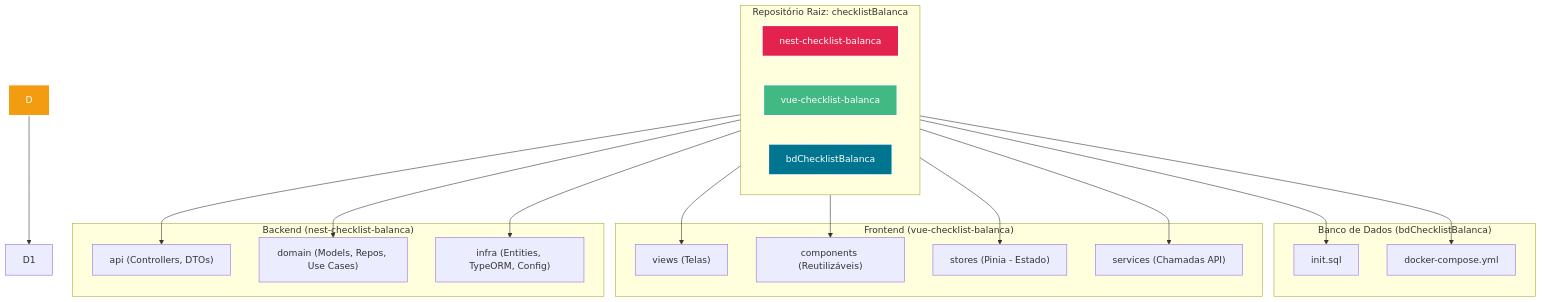
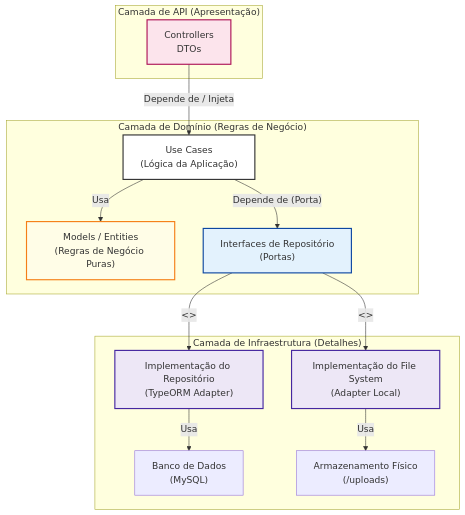
One commit to LeoAdlerr/checklistBalanca changed the diagram in checklist-8-18-back/README.md. Above: the diagram before and after it, drawn with Mermaid. The commit also changed other lines of this file and 12 other files, not shown here.

Commit message:
docs: documentação do bd pronta, doc do back falta os diagramas de classe

````diff
--- a/checklist-8-18-back/README.md
+++ b/checklist-8-18-back/README.md
@@ -336,35 +43,34 @@
-```mermaid
-flowchart TD
- subgraph subGraph0["Repositório Raiz: checklistBalanca"]
-    direction LR
-        A["nest-checklist-balanca"]
-        B["vue-checklist-balanca"]
-        C["bdChecklistBalanca"]
-  end
- subgraph subGraph1["Backend (nest-checklist-balanca)"]
-        A1["api (Controllers, DTOs)"]
-        A2["domain (Models, Repos, Use Cases)"]
-        A3["infra (Entities, TypeORM, Config)"]
-  end
- subgraph subGraph2["Frontend (vue-checklist-balanca)"]
-        B1["views (Telas)"]
-        B2["components (Reutilizáveis)"]
-        B3["stores (Pinia - Estado)"]
-        B4["services (Chamadas API)"]
-  end
- subgraph subGraph3["Banco de Dados (bdChecklistBalanca)"]
-        C1["init.sql"]
-        C2["docker-compose.yml"]
-  end
-    A --> A1 & A2 & A3
-    B --> B1 & B2 & B3 & B4
-    C --> C1
-    C --> C2
-    D --> D1
+  ```mermaid
+graph TD
+    subgraph API["Camada de API (Apresentação)"]
+        A["Controllers\n DTOs"]
+    end
 
-    %% Styling
-    style A fill:#e3224d,stroke:#fff,stroke-width:2px,color:#fff
-    style B fill:#42b883,stroke:#fff,stroke-width:2px,color:#fff
-    style C fill:#00758f,stroke:#fff,stroke-width:2px,color:#fff
-    style D fill:#f39c12,stroke:#fff,stroke-width:2px,color:#fff
+    subgraph Dominio["Camada de Domínio (Regras de Negócio)"]
+        B["Use Cases\n(Lógica da Aplicação)"]
+        C["Models / Entities\n(Regras de Negócio Puras)"]
+        D["Interfaces de Repositório\n(Portas)"]
+    end
+
+    subgraph Infra["Camada de Infraestrutura (Detalhes)"]
+        E["Implementação do Repositório\n(TypeORM Adapter)"]
+        F["Implementação do File System\n(Adapter Local)"]
+        G["Banco de Dados\n(MySQL)"]
+        H["Armazenamento Físico\n(/uploads)"]
+    end
+
+    A -- "Depende de / Injeta" --> B
+    B -- "Usa" --> C
+    B -- "Depende de (Porta)" --> D
+    D -- "<<interface>>" --> E
+    E -- "Usa" --> G
+    D -- "<<interface>>" --> F
+    F -- "Usa" --> H
+
+    style A fill:#fce4ec,stroke:#ad1457,stroke-width:2px
+    style B fill:#fff,stroke:#333,stroke-width:2px
+    style C fill:#fffde7,stroke:#f57f17,stroke-width:2px
+    style D fill:#e3f2fd,stroke:#0d47a1,stroke-width:2px
+    style E fill:#ede7f6,stroke:#4527a0,stroke-width:2px
+    style F fill:#ede7f6,stroke:#4527a0,stroke-width:2px
 ```
````
